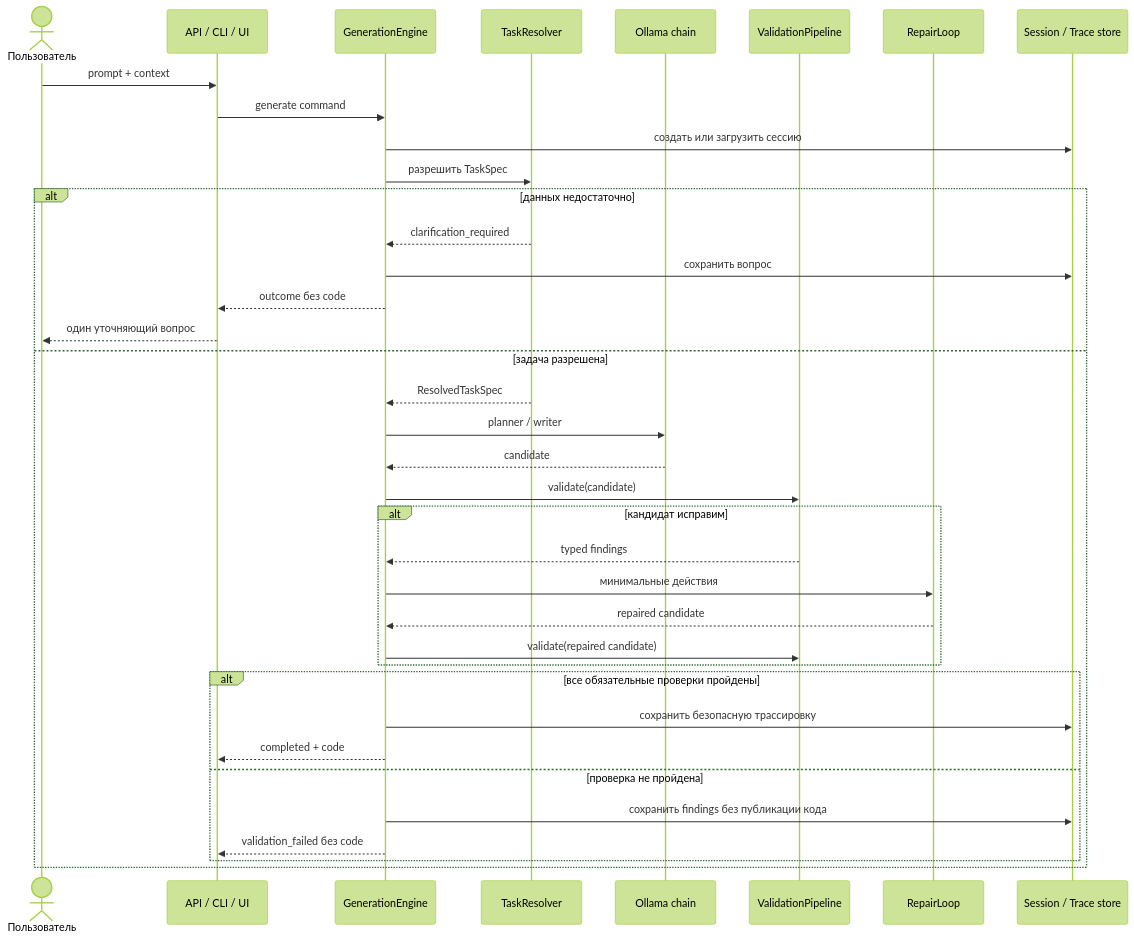
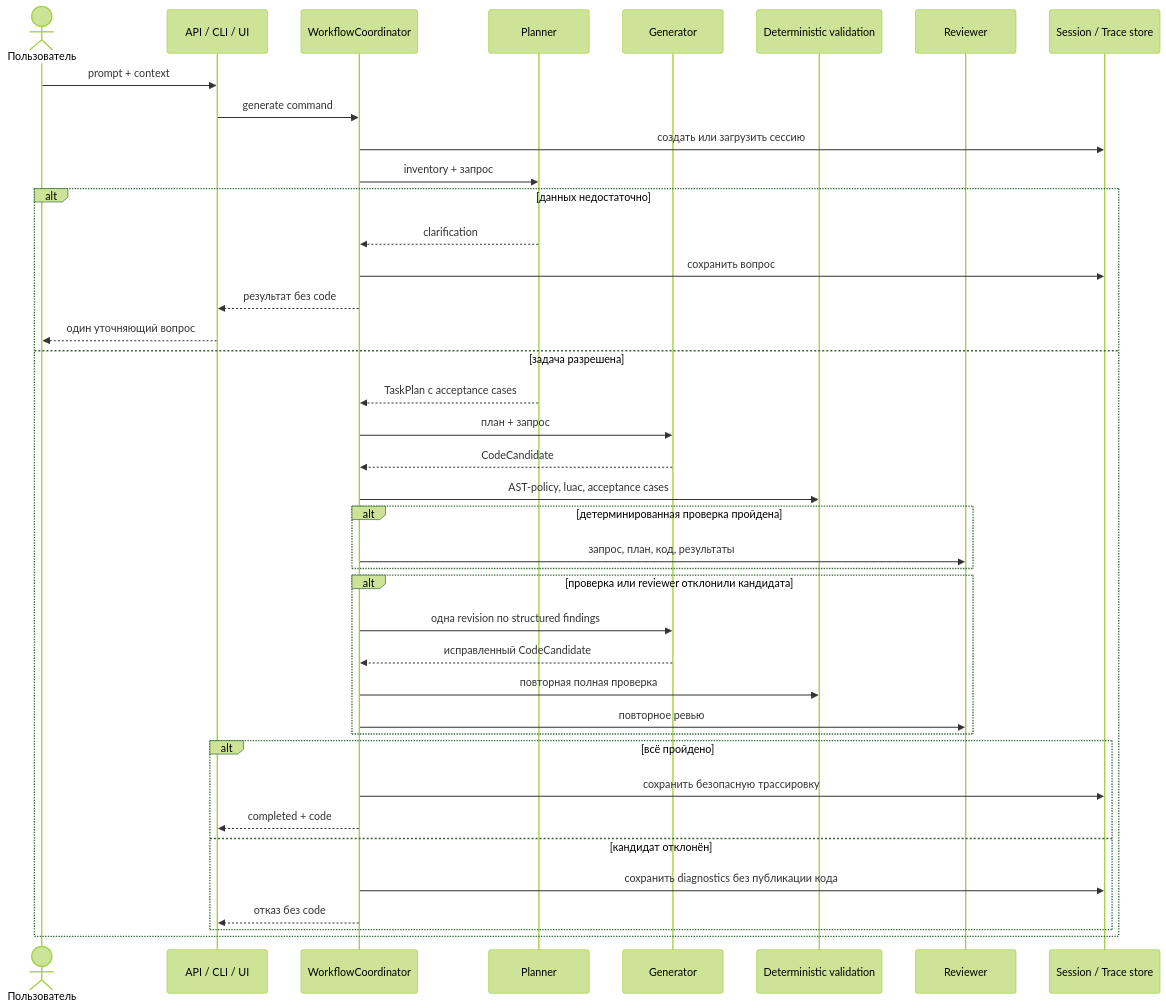
One commit to Ev0lv3nta/localscript changed the second of 2 diagrams in docs/architecture.md. Above: the diagram before and after it, drawn with Mermaid (forest theme). The commit also changed other lines of this file and 108 other files, not shown here.

First line of the commit message:
Заменить family-router на typed agentic workflow (#34)

````diff
--- a/docs/architecture.md
+++ b/docs/architecture.md
@@ -46,40 +43,43 @@
 ```mermaid
 sequenceDiagram
     actor User as Пользователь
     participant Adapter as API / CLI / UI
-    participant Engine as GenerationEngine
-    participant Resolver as TaskResolver
-    participant Model as Ollama chain
-    participant Validator as ValidationPipeline
-    participant Repair as RepairLoop
+    participant Coord as WorkflowCoordinator
+    participant Planner as Planner
+    participant Generator as Generator
+    participant Validator as Deterministic validation
+    participant Reviewer as Reviewer
     participant State as Session / Trace store
 
     User->>Adapter: prompt + context
-    Adapter->>Engine: generate command
-    Engine->>State: создать или загрузить сессию
-    Engine->>Resolver: разрешить TaskSpec
+    Adapter->>Coord: generate command
+    Coord->>State: создать или загрузить сессию
+    Coord->>Planner: inventory + запрос
     alt данных недостаточно
-        Resolver-->>Engine: clarification_required
-        Engine->>State: сохранить вопрос
-        Engine-->>Adapter: outcome без code
+        Planner-->>Coord: clarification
+        Coord->>State: сохранить вопрос
+        Coord-->>Adapter: результат без code
         Adapter-->>User: один уточняющий вопрос
     else задача разрешена
-        Resolver-->>Engine: ResolvedTaskSpec
-        Engine->>Model: planner / writer
-        Model-->>Engine: candidate
-        Engine->>Validator: validate(candidate)
-        alt кандидат исправим
-            Validator-->>Engine: typed findings
-            Engine->>Repair: минимальные действия
-            Repair-->>Engine: repaired candidate
-            Engine->>Validator: validate(repaired candidate)
+        Planner-->>Coord: TaskPlan с acceptance cases
+        Coord->>Generator: план + запрос
+        Generator-->>Coord: CodeCandidate
+        Coord->>Validator: AST-policy, luac, acceptance cases
+        alt детерминированная проверка пройдена
+            Coord->>Reviewer: запрос, план, код, результаты
         end
-        alt все обязательные проверки пройдены
-            Engine->>State: сохранить безопасную трассировку
-            Engine-->>Adapter: completed + code
-        else проверка не пройдена
-            Engine->>State: сохранить findings без публикации кода
-            Engine-->>Adapter: validation_failed без code
+        alt проверка или reviewer отклонили кандидата
+            Coord->>Generator: одна revision по structured findings
+            Generator-->>Coord: исправленный CodeCandidate
+            Coord->>Validator: повторная полная проверка
+            Coord->>Reviewer: повторное ревью
+        end
+        alt всё пройдено
+            Coord->>State: сохранить безопасную трассировку
+            Coord-->>Adapter: completed + code
+        else кандидат отклонён
+            Coord->>State: сохранить diagnostics без публикации кода
+            Coord-->>Adapter: отказ без code
         end
     end
 ```
````
